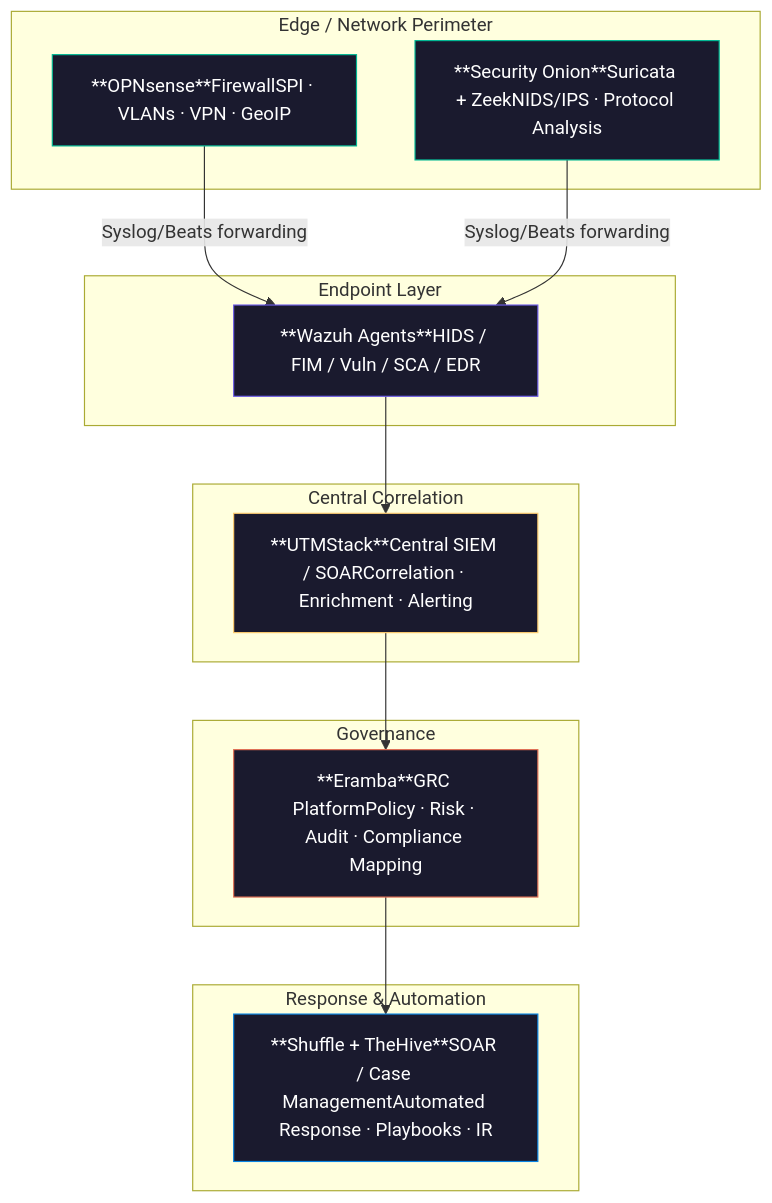
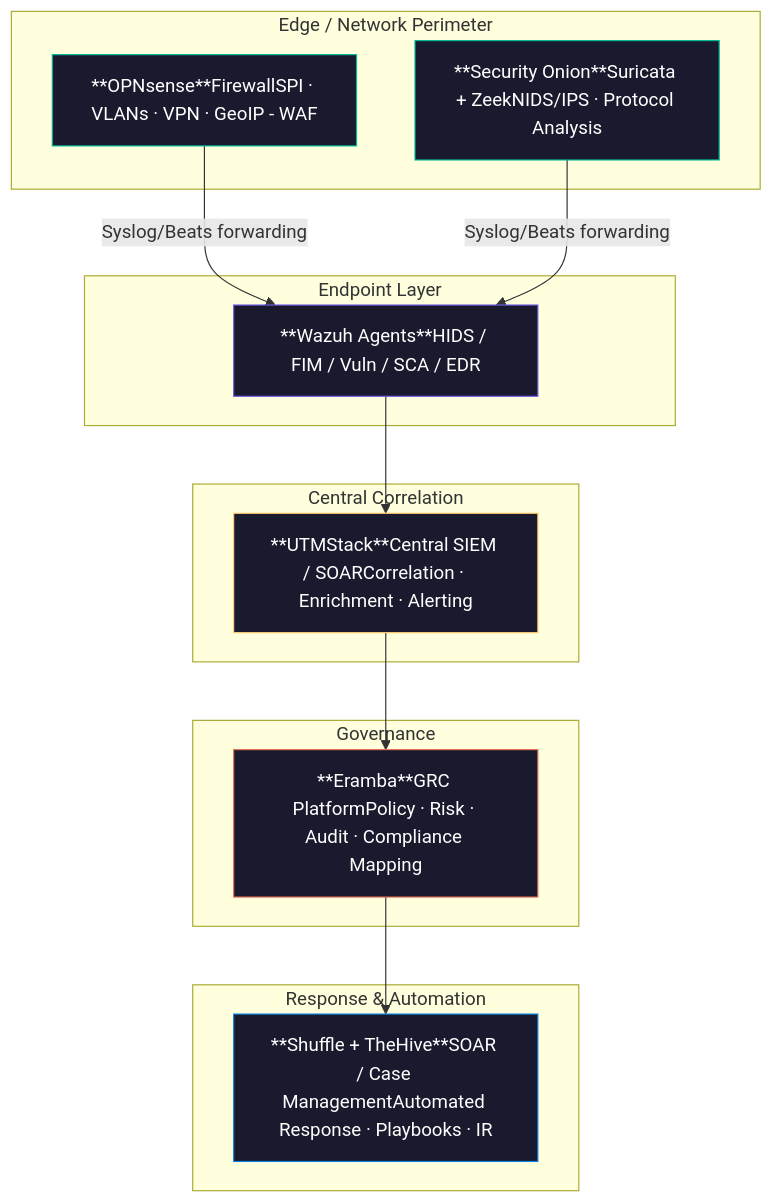
The diagram in notes/Open-Source_Security_Stack.md (sreilly1977/dlh-cyber_security), drawn with Mermaid before and after one commit. The commit also changed other lines of this file, not shown here.

````diff
--- a/notes/Open-Source_Security_Stack.md
+++ b/notes/Open-Source_Security_Stack.md
@@ -74,44 +74,44 @@
 ```mermaid
 graph TD
     subgraph Edge["Edge / Network Perimeter"]
-        OPN["**OPNsense**FirewallSPI · VLANs · VPN · GeoIP"]
+        OPN["**OPNsense**FirewallSPI · VLANs · VPN · GeoIP - WAF"]
         SON["**Security Onion**Suricata + ZeekNIDS/IPS · Protocol Analysis"]
     end
 
     OPN -- "Syslog/Beats forwarding" --> WAZ
     SON -- "Syslog/Beats forwarding" --> WAZ
 
     subgraph Endpoint["Endpoint Layer"]
         WAZ["**Wazuh Agents**HIDS / FIM / Vuln / SCA / EDR"]
     end
 
     WAZ --> UTM
 
     subgraph Central["Central Correlation"]
         UTM["**UTMStack**Central SIEM / SOARCorrelation · Enrichment · Alerting"]
     end
 
     UTM --> ERA
 
     subgraph Governance["Governance"]
         ERA["**Eramba**GRC PlatformPolicy · Risk · Audit · Compliance Mapping"]
     end
 
     ERA --> SOAR
 
     subgraph Response["Response & Automation"]
         SOAR["**Shuffle + TheHive**SOAR / Case ManagementAutomated Response · Playbooks · IR"]
     end
 
     classDef edgeNode fill:#1a1a2e,stroke:#00b894,color:#fff
     classDef endpointNode fill:#1a1a2e,stroke:#6c5ce7,color:#fff
     classDef centralNode fill:#1a1a2e,stroke:#fdcb6e,color:#fff
     classDef govNode fill:#1a1a2e,stroke:#e17055,color:#fff
     classDef respNode fill:#1a1a2e,stroke:#0984e3,color:#fff
 
     class OPN,COR,SON edgeNode
     class WAZ endpointNode
     class UTM centralNode
     class ERA govNode
     class SOAR respNode
 ```
````
